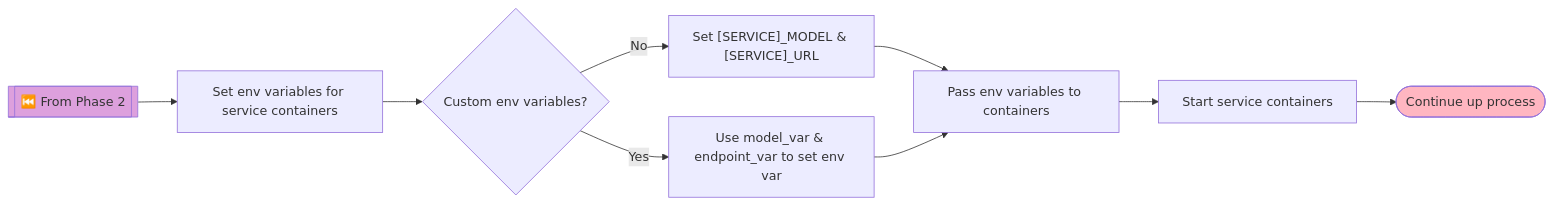
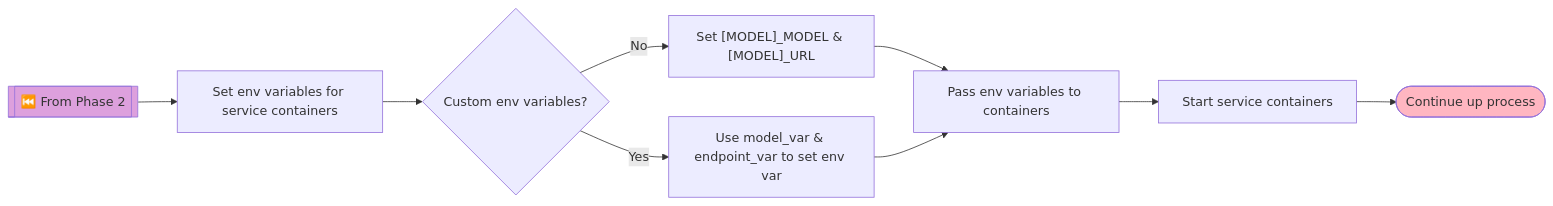
One commit to Compose-and-Dragons/dungeon.v1 changed the third of 3 diagrams in deck/300-DOCKERIZE-GENAI-APP/002-attach-models-to-services.md. Above: the diagram before and after it, drawn with Mermaid. The commit also changed other lines of this file and 1 other file, not shown here.

Commit message:
use [MODEL]_* instead of [SERVICE]_* for env variable names from DMR

```diff
--- a/deck/300-DOCKERIZE-GENAI-APP/002-attach-models-to-services.md
+++ b/deck/300-DOCKERIZE-GENAI-APP/002-attach-models-to-services.md
@@ -83,14 +83,14 @@
 <div class="mermaid">
 flowchart LR
     PreviousPhase[["⏮️ From Phase 2"]] --> PrepareEnvForService[Set env variables for service containers]
     PrepareEnvForService --> CheckCustomEnv{"Custom env variables?"}
-    CheckCustomEnv -->|No| SetDefaultEnv["Set [SERVICE]_MODEL & [SERVICE]_URL"]
+    CheckCustomEnv -->|No| SetDefaultEnv["Set [MODEL]_MODEL & [MODEL]_URL"]
     CheckCustomEnv -->|Yes| SetCustomEnv["Use model_var & endpoint_var to set env var"]
     SetDefaultEnv --> PassEnvsToContainers[Pass env variables to containers]
     SetCustomEnv --> PassEnvsToContainers
     PassEnvsToContainers --> StartServices[Start service containers]
     StartServices --> ContinueComposeUP(["Continue up process"])
 
     style PreviousPhase fill:#DDA0DD
     style ContinueComposeUP fill:#FFB6C1
 </div>
```
